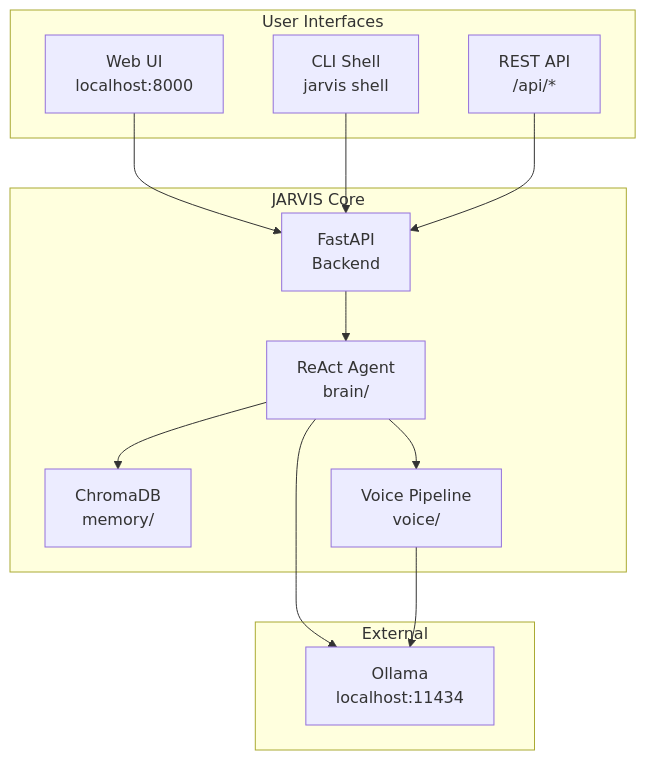
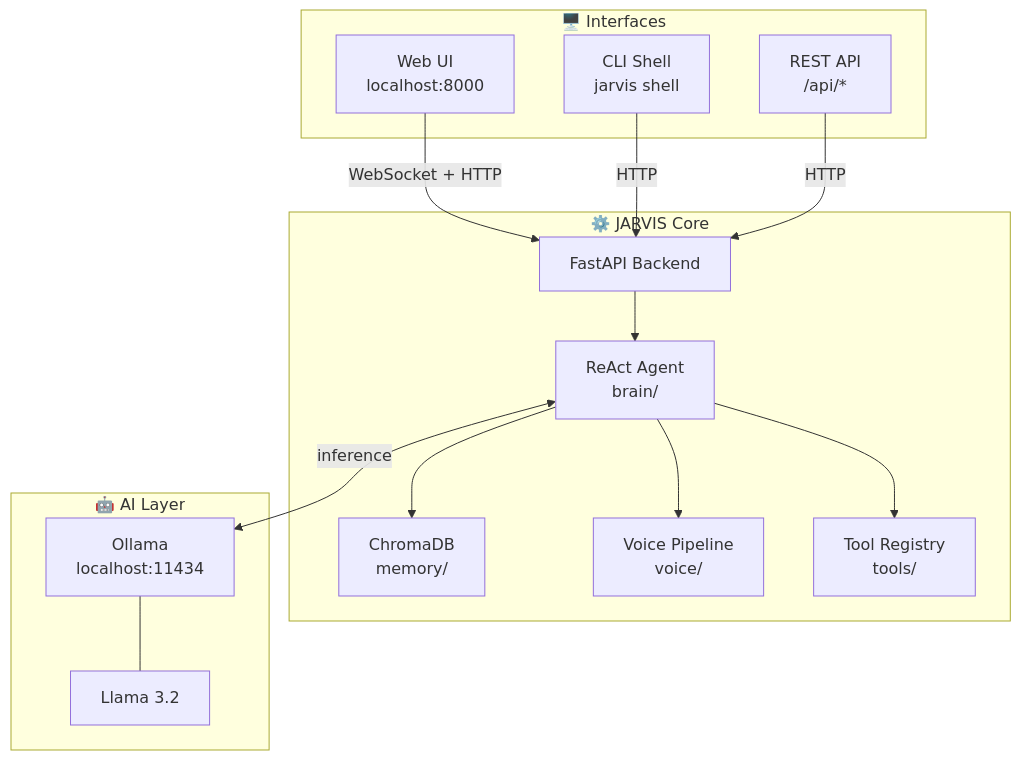
Before and after one commit to Ashutosh3021/JARVISE: the first of 2 diagrams in README.md, drawn with Mermaid. The commit also changed other lines of this file and 4 other files, not shown here.

````diff
--- a/README.md
+++ b/README.md
@@ -26,28 +94,32 @@
 ```mermaid
 graph TB
-    subgraph User Interfaces
+    subgraph "🖥️ Interfaces"
         UI[Web UI<br/>localhost:8000]
         CLI[CLI Shell<br/>jarvis shell]
         API[REST API<br/>/api/*]
     end
-    
-    subgraph JARVIS Core
-        Backend[FastAPI<br/>Backend]
+
+    subgraph "⚙️ JARVIS Core"
+        Backend[FastAPI Backend]
         Agent[ReAct Agent<br/>brain/]
         Memory[ChromaDB<br/>memory/]
         Voice[Voice Pipeline<br/>voice/]
+        Tools[Tool Registry<br/>tools/]
     end
-    
-    subgraph External
+
+    subgraph "🤖 AI Layer"
         Ollama[Ollama<br/>localhost:11434]
+        LLM[Llama 3.2]
     end
-    
-    UI --> Backend
-    CLI --> Backend
-    API --> Backend
+
+    UI -->|WebSocket + HTTP| Backend
+    CLI -->|HTTP| Backend
+    API -->|HTTP| Backend
+
     Backend --> Agent
     Agent --> Memory
     Agent --> Voice
-    Agent --> Ollama
-    Voice --> Ollama
+    Agent --> Tools
+    Agent <-->|inference| Ollama
+    Ollama --- LLM
 ```
````
